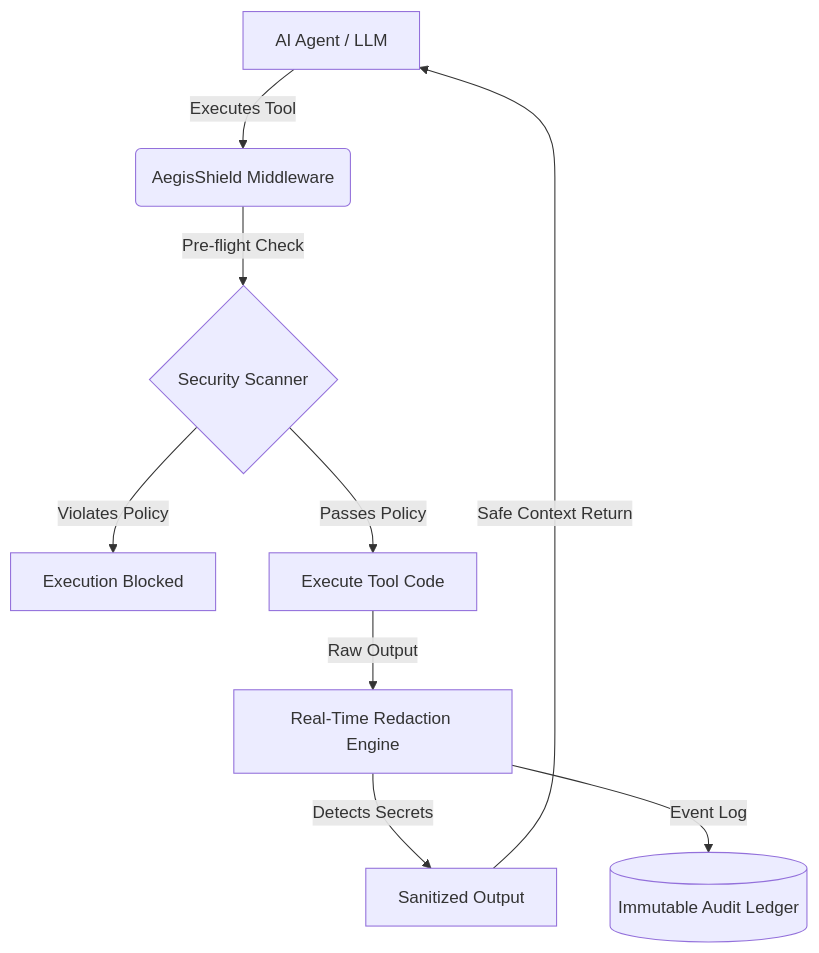
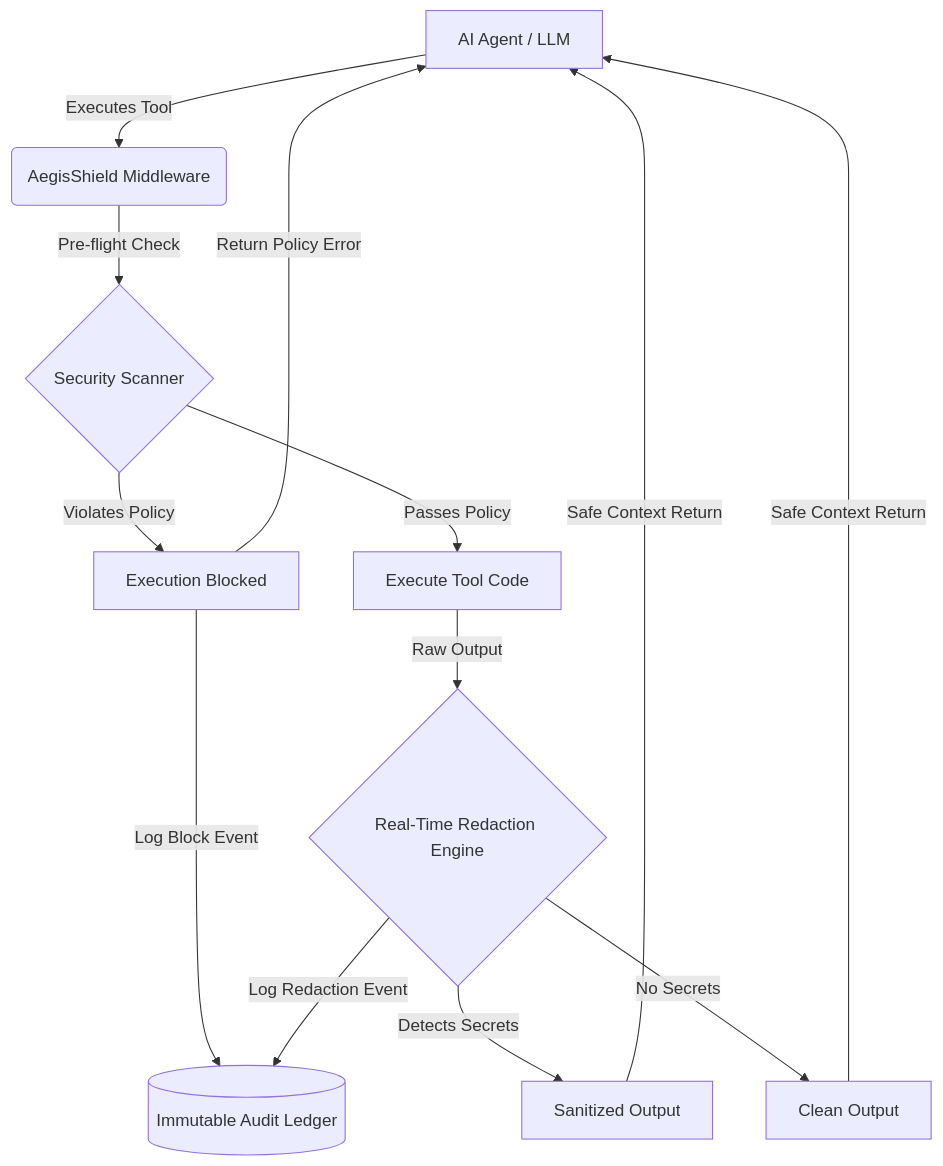
The diagram in README.md (amitwaghmare888/AegisShield), drawn with Mermaid before and after one commit.

Commit message:
docs: update architecture diagram for accuracy

````diff
--- a/README.md
+++ b/README.md
@@ -41,14 +41,25 @@
 ```mermaid
 graph TD
     A[AI Agent / LLM] -->|Executes Tool| B(AegisShield Middleware)
     B -->|Pre-flight Check| C{Security Scanner}
     
+    %% Pre-flight Blocked Path
     C -->|Violates Policy| D[Execution Blocked]
+    D -->|Return Policy Error| A
+    D -->|Log Block Event| H[(Immutable Audit Ledger)]
+    
+    %% Pre-flight Passed Path
     C -->|Passes Policy| E[Execute Tool Code]
+    E -->|Raw Output| F{Real-Time Redaction Engine}
     
-    E -->|Raw Output| F[Real-Time Redaction Engine]
+    %% Redaction Paths
     F -->|Detects Secrets| G[Sanitized Output]
+    F -->|No Secrets| I[Clean Output]
     
+    %% Returning to Agent
     G -->|Safe Context Return| A
-    F -->|Event Log| H[(Immutable Audit Ledger)]
+    I -->|Safe Context Return| A
+    
+    %% Audit Logging for Outputs
+    F -->|Log Redaction Event| H
 ```
````
